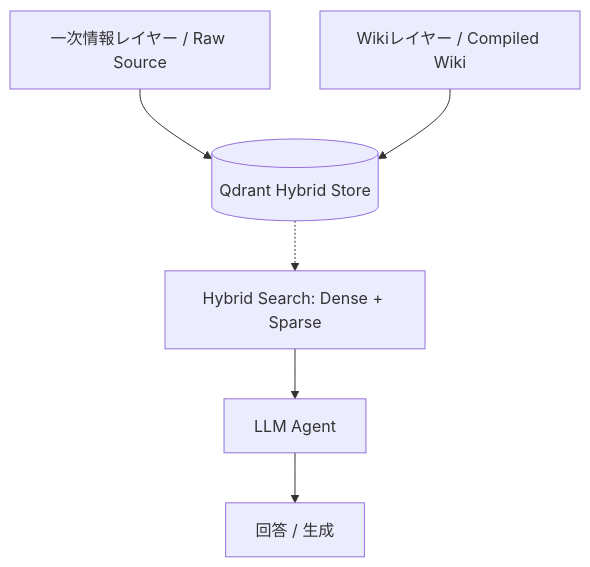
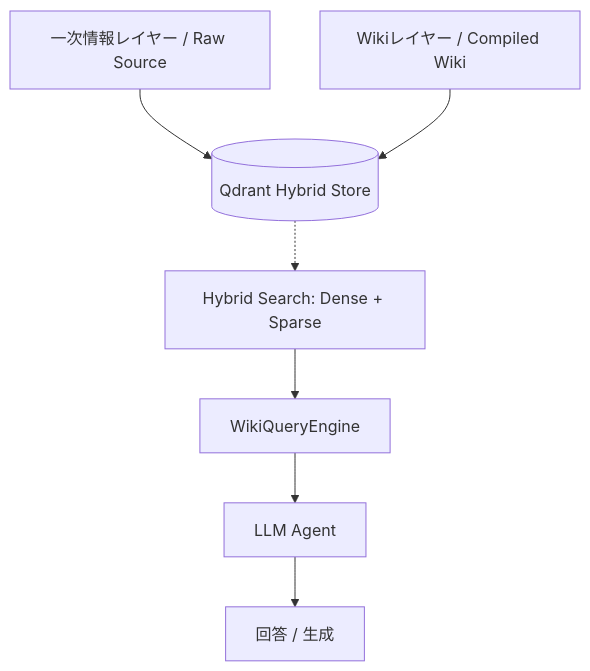
The diagram in docs/ARCHITECTURE.md (chottokun/md-wiki), drawn with Mermaid before and after one commit. The commit also changed other lines of this file and 1 other file, not shown here.

Commit message:
Add detailed documentation for WikiQueryEngine and update architecture overview

````diff
--- a/docs/ARCHITECTURE.md
+++ b/docs/ARCHITECTURE.md
@@ -11,9 +11,10 @@
 ```mermaid
 graph TD
     Raw[一次情報レイヤー / Raw Source] --> Qdrant[(Qdrant Hybrid Store)]
     Wiki[Wikiレイヤー / Compiled Wiki] --> Qdrant
     
     Qdrant -.-> Search[Hybrid Search: Dense + Sparse]
-    Search --> LLM[LLM Agent]
+    Search --> Engine[WikiQueryEngine]
+    Engine --> LLM[LLM Agent]
     LLM --> Response[回答 / 生成]
 ```
````
